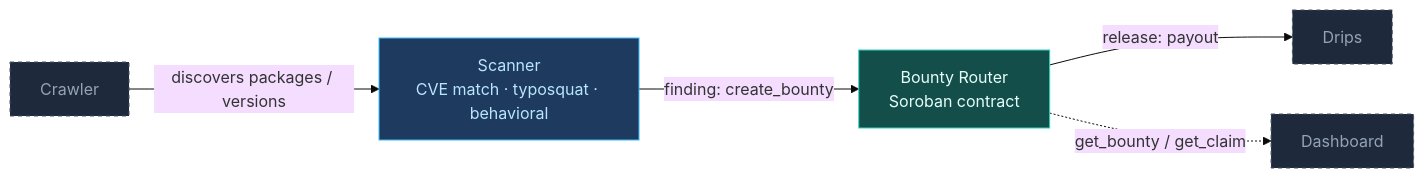
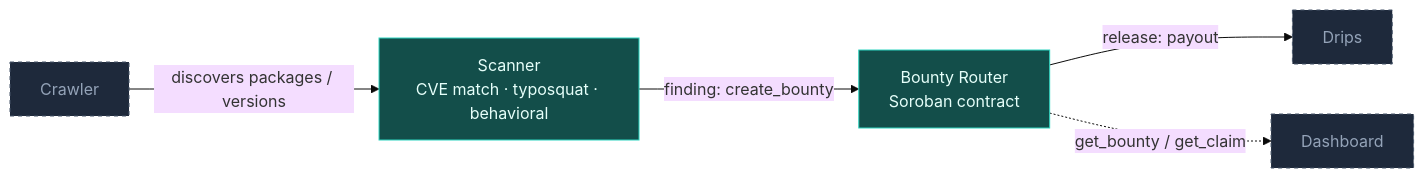
Before and after one commit to Able-faz-system/DepRadar: the diagram in README.md, drawn with Mermaid (base theme). The commit also changed other lines of this file, not shown here.

Commit message:
docs: update README architecture, roadmap, and contributors table

````diff
--- a/README.md
+++ b/README.md
@@ -21,14 +21,12 @@
 ```mermaid
 flowchart LR
     Crawler[Crawler] -->|discovers packages / versions| Scanner[Scanner<br/>CVE match · typosquat · behavioral]
     Scanner -->|finding: create_bounty| Router[Bounty Router<br/>Soroban contract]
     Router -->|release: payout| Drips[Drips]
     Router -.get_bounty / get_claim.-> Dashboard[Dashboard]
 
     classDef live    fill:#134e4a,stroke:#2dd4bf,color:#e6fffa;
-    classDef partial fill:#1e3a5f,stroke:#38bdf8,color:#bae6fd;
     classDef planned fill:#1e293b,stroke:#475569,color:#94a3b8,stroke-dasharray:4;
-    class Router live;
-    class Scanner partial;
+    class Router,Scanner live;
     class Crawler,Drips,Dashboard planned;
 ```
````
